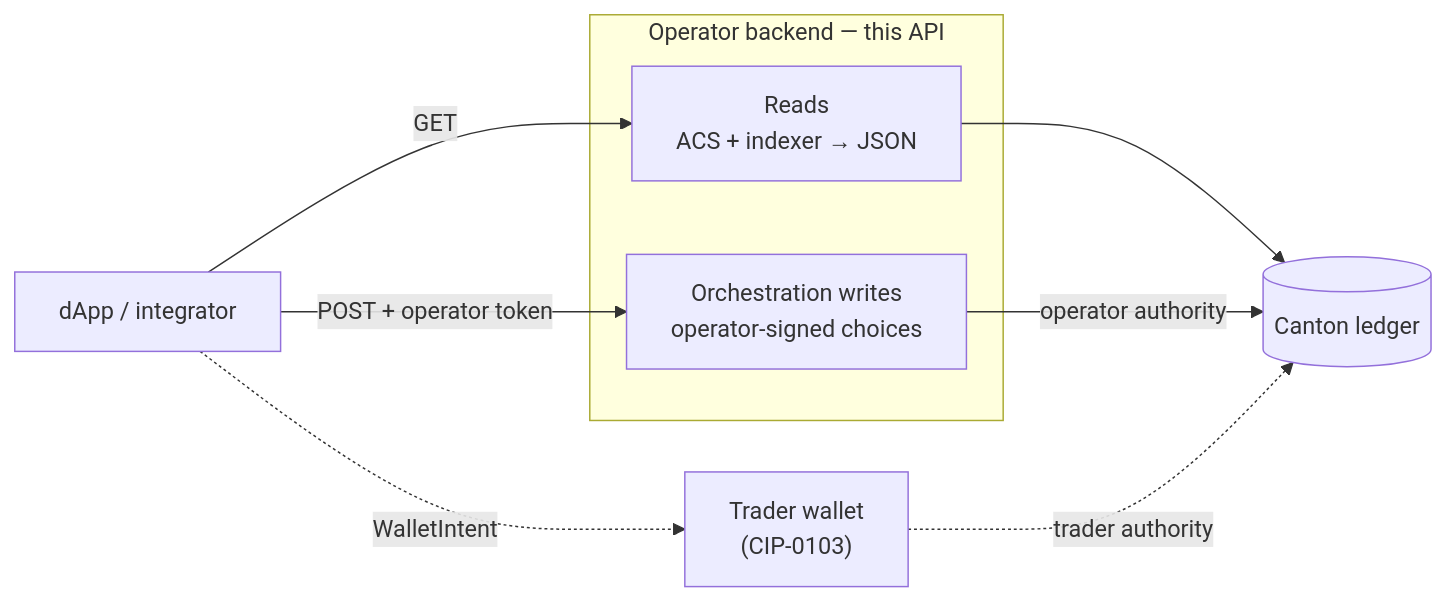
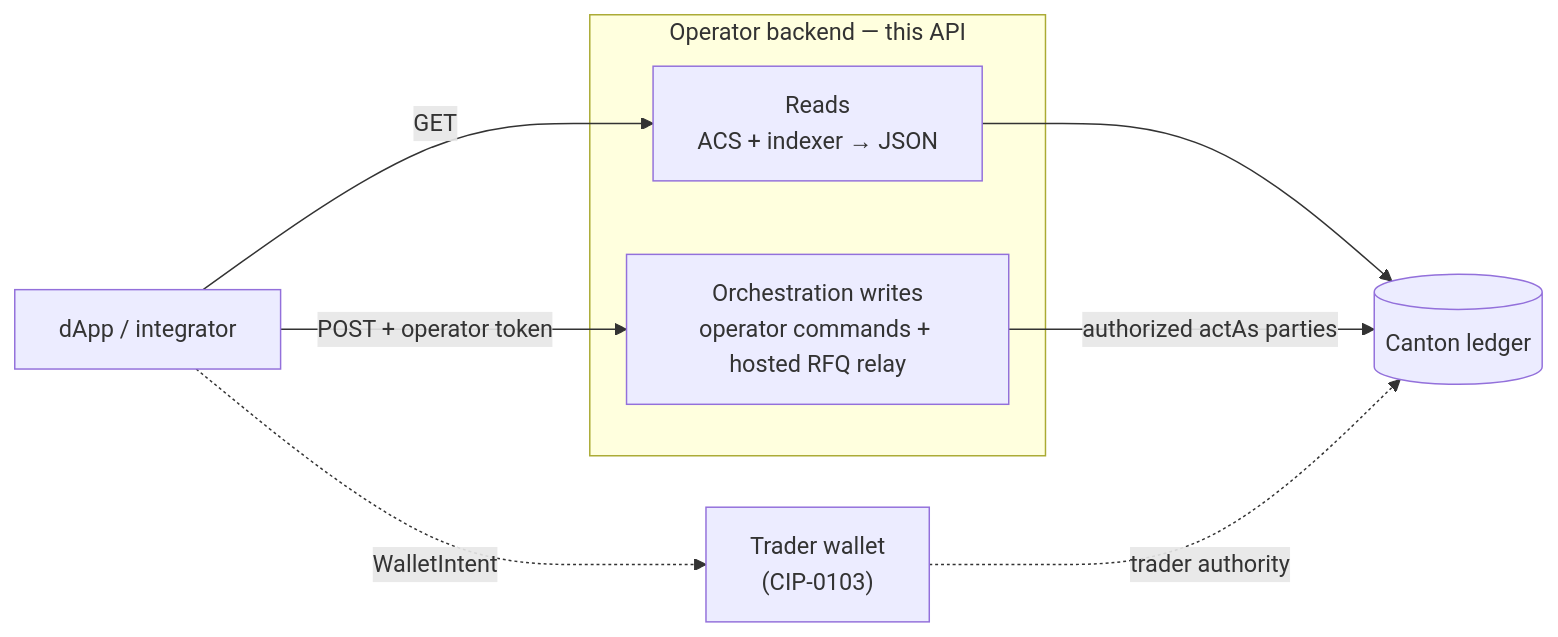
The diagram in docs/reference/http-api.md (srikanth-bitdynamics/Canton-Dex-Reference-Implementation), drawn with Mermaid before and after one commit. The commit also changed other lines of this file and 132 other files, not shown here.

````diff
--- a/docs/reference/http-api.md
+++ b/docs/reference/http-api.md
@@ -23,13 +23,13 @@
 ```mermaid
 flowchart LR
   UI["dApp / integrator"]
   subgraph op["Operator backend — this API"]
     R["Reads<br/>ACS + indexer → JSON"]
-    W["Orchestration writes<br/>operator-signed choices"]
+    W["Orchestration writes<br/>operator commands + hosted RFQ relay"]
   end
   A["Trader wallet<br/>(CIP-0103)"]
   L[("Canton ledger")]
   UI -->|GET| R --> L
-  UI -->|"POST + operator token"| W -->|operator authority| L
+  UI -->|"POST + operator token"| W -->|authorized actAs parties| L
   UI -.->|WalletIntent| A -.->|trader authority| L
 ```
````
